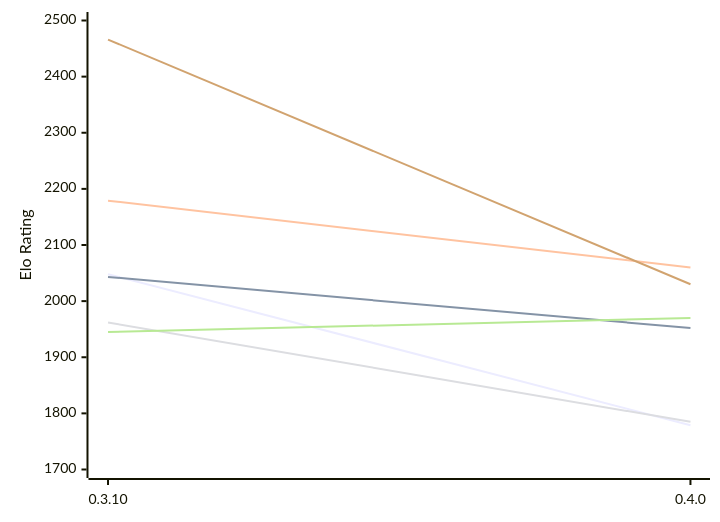
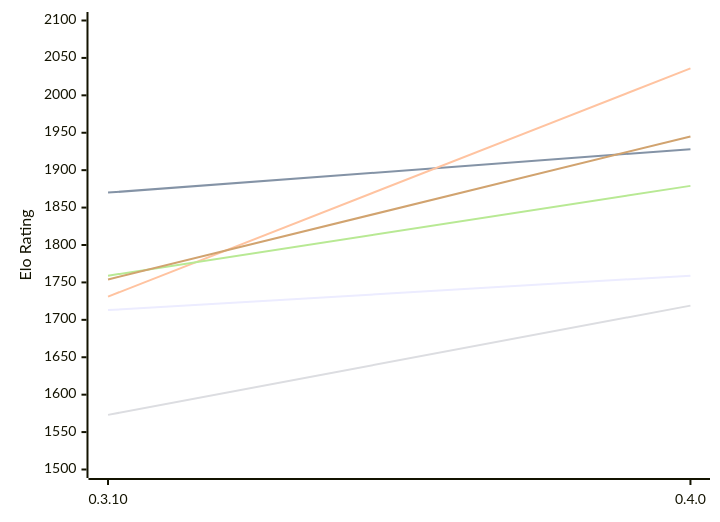
One commit to computer-chess-index/cci changed the first of 2 diagrams in engines/Arche.md. Above: the diagram before and after it, drawn with Mermaid. The commit also changed other lines of this file, not shown here.

Commit message:
Update CCI Ratings (ELO VLTC) - 2026-11-13

````diff
--- a/engines/Arche.md
+++ b/engines/Arche.md
@@ -53,12 +53,12 @@
 ```mermaid
 %%{init: {"theme":"base","themeVariables":{"seriesColors:['#a3a3a3','#222221','#faa371']}}}%%
 xychart-beta
   x-axis ["0.3.10", "0.4.0"]
-  y-axis "Elo Rating" 1700 --> 2500
-  line "E1: STC (8.0+0.08s)" [2048, 1779]
-  line "E1: LTC (60.0+0.60s)" [2043, 1952]
-  line "E1: VLTC (2m24s+1.12s)" [2179, 2060]
-  line "P1: STC (8.0+0.08s)" [1962, 1785]
-  line "P1: LTC (60.0+0.60s)" [1945, 1970]
-  line "P1: VLTC (2m24s+1.12s)" [2466, 2030]
+  y-axis "Elo Rating" 1500 --> 2100
+  line "E1: STC (8.0+0.08s)" [1713, 1759]
+  line "E1: LTC (60.0+0.60s)" [1870, 1928]
+  line "E1: VLTC (2m24s+1.12s)" [1731, 2036]
+  line "P1: STC (8.0+0.08s)" [1573, 1719]
+  line "P1: LTC (60.0+0.60s)" [1759, 1879]
+  line "P1: VLTC (2m24s+1.12s)" [1754, 1945]
 ```
````
